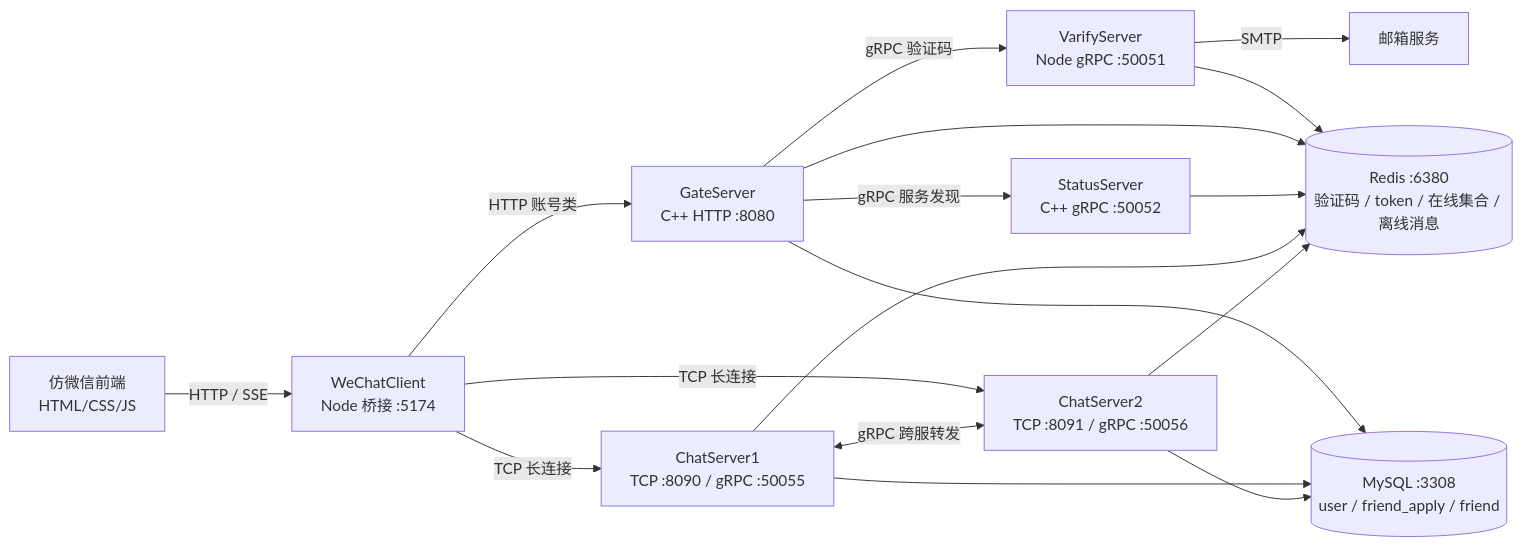
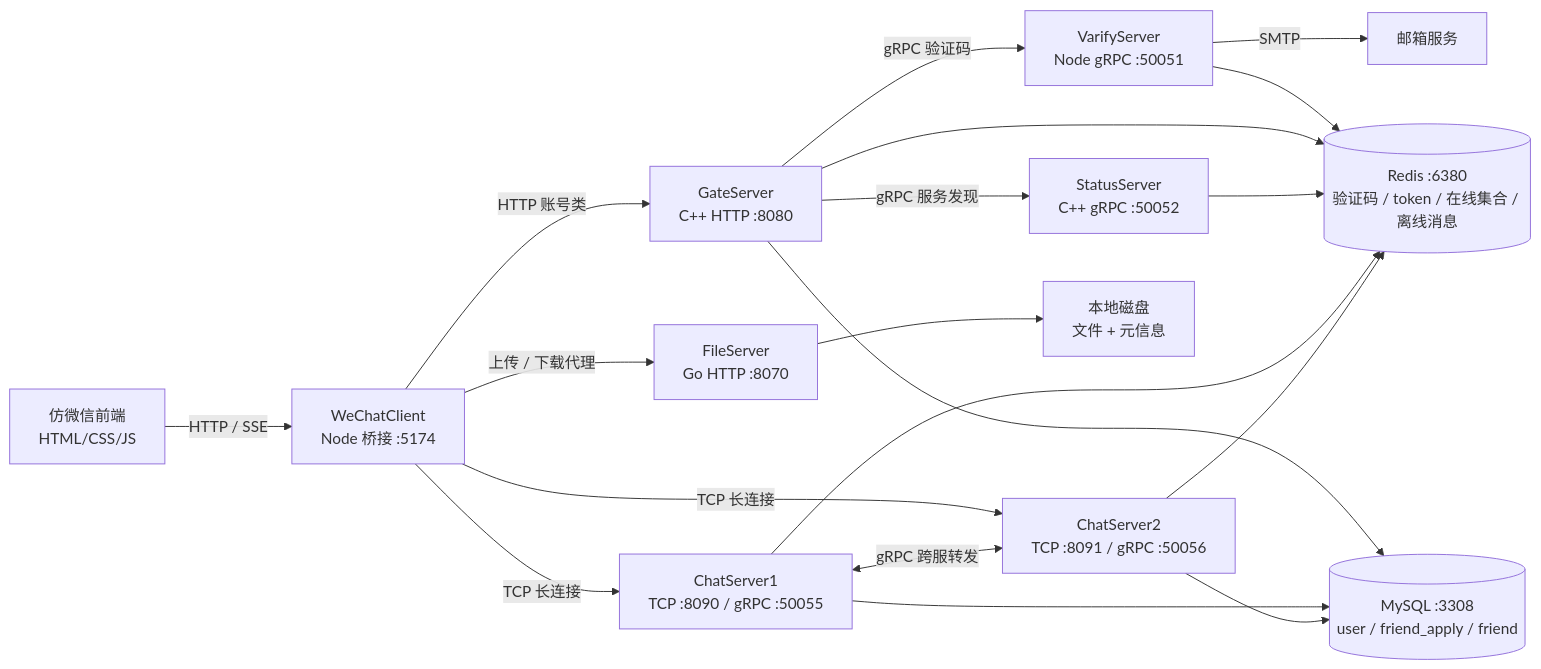
The diagram in README.md (F1lipl/minichat), drawn with Mermaid before and after one commit. The commit also changed other lines of this file and 11 other files, not shown here.

````diff
--- a/README.md
+++ b/README.md
@@ -77,24 +80,27 @@
 ```mermaid
 flowchart LR
   Browser["仿微信前端<br/>HTML/CSS/JS"] -->|HTTP / SSE| Client["WeChatClient<br/>Node 桥接 :5174"]
 
   Client -->|HTTP 账号类| Gate["GateServer<br/>C++ HTTP :8080"]
   Client -->|TCP 长连接| Chat1["ChatServer1<br/>TCP :8090 / gRPC :50055"]
   Client -->|TCP 长连接| Chat2["ChatServer2<br/>TCP :8091 / gRPC :50056"]
 
   Gate -->|gRPC 验证码| Verify["VarifyServer<br/>Node gRPC :50051"]
   Gate -->|gRPC 服务发现| Status["StatusServer<br/>C++ gRPC :50052"]
   Verify -->|SMTP| Mail["邮箱服务"]
+
+  Client -->|上传 / 下载代理| File["FileServer<br/>Go HTTP :8070"]
+  File --> Disk["本地磁盘<br/>文件 + 元信息"]
 
   Chat1 <-->|gRPC 跨服转发| Chat2
 
   Gate --> MySQL[("MySQL :3308<br/>user / friend_apply / friend")]
   Chat1 --> MySQL
   Chat2 --> MySQL
 
   Verify --> Redis[("Redis :6380<br/>验证码 / token / 在线集合 / 离线消息")]
   Gate --> Redis
   Status --> Redis
   Chat1 --> Redis
   Chat2 --> Redis
 ```
````
